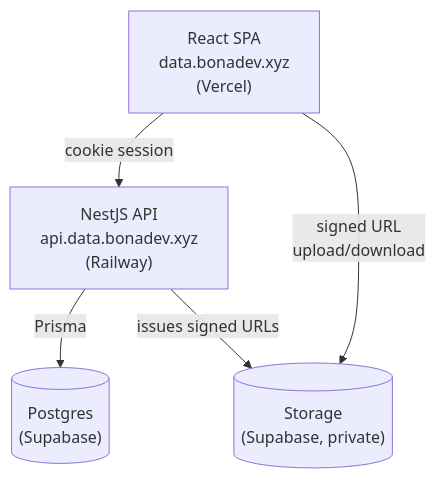
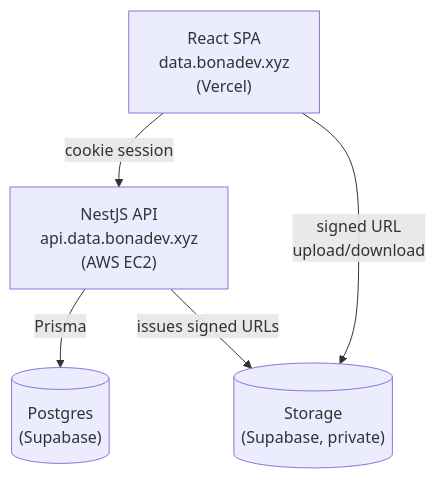
The first of 2 diagrams in README.md (denleonchev/data-room), drawn with Mermaid before and after one commit. The commit also changed other lines of this file and 18 other files, not shown here.

First line of the commit message:
chore(infra): move the API from Railway to EC2 (#73)

````diff
--- a/README.md
+++ b/README.md
@@ -16,12 +16,12 @@
 ```mermaid
 flowchart TB
     SPA["React SPA<br/>data.bonadev.xyz<br/>(Vercel)"]
-    API["NestJS API<br/>api.data.bonadev.xyz<br/>(Railway)"]
+    API["NestJS API<br/>api.data.bonadev.xyz<br/>(AWS EC2)"]
     PG[("Postgres<br/>(Supabase)")]
     Storage[("Storage<br/>(Supabase, private)")]
 
     SPA -- "cookie session" --> API
     SPA -- "signed URL<br/>upload/download" --> Storage
     API -- "Prisma" --> PG
     API -- "issues signed URLs" --> Storage
 ```
````
